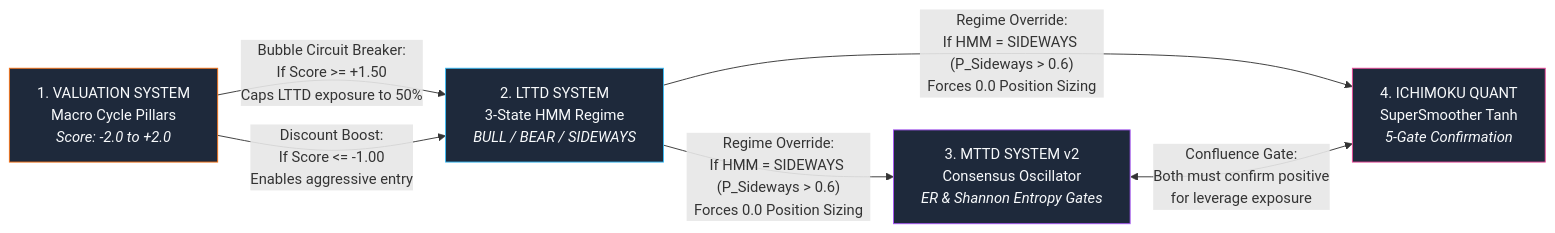
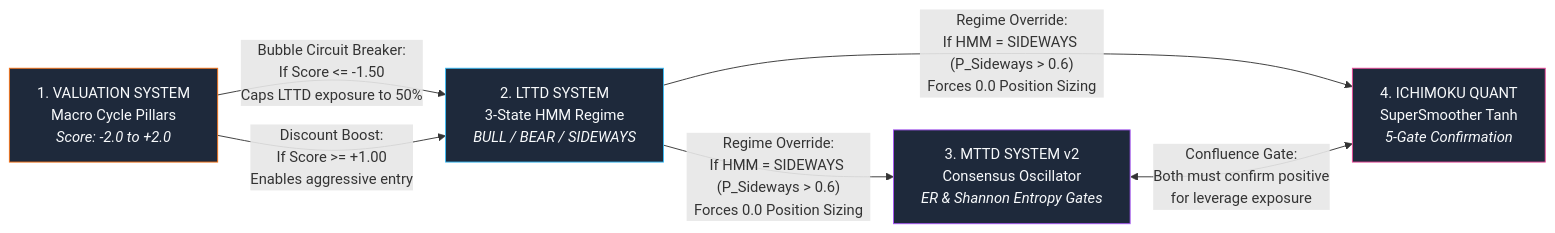
The third of 3 diagrams in docs/architecture/00_end_to_end.md (lutfi-zain/quant.maftia.tech), drawn with Mermaid before and after one commit. The commit also changed other lines of this file and 18 other files, not shown here.

````diff
--- a/docs/architecture/00_end_to_end.md
+++ b/docs/architecture/00_end_to_end.md
@@ -169,18 +169,18 @@
 ```mermaid
 flowchart LR
     VAL["1. VALUATION SYSTEM<br/>Macro Cycle Pillars<br/><i>Score: -2.0 to +2.0</i>"]
     LTTD["2. LTTD SYSTEM<br/>3-State HMM Regime<br/><i>BULL / BEAR / SIDEWAYS</i>"]
     MTTD["3. MTTD SYSTEM v2<br/>Consensus Oscillator<br/><i>ER & Shannon Entropy Gates</i>"]
     ICH["4. ICHIMOKU QUANT<br/>SuperSmoother Tanh<br/><i>5-Gate Confirmation</i>"]
 
-    VAL -->|"Bubble Circuit Breaker:<br/>If Score >= +1.50<br/>Caps LTTD exposure to 50%"| LTTD
-    VAL -->|"Discount Boost:<br/>If Score <= -1.00<br/>Enables aggressive entry"| LTTD
+    VAL -->|"Bubble Circuit Breaker:<br/>If Score <= -1.50<br/>Caps LTTD exposure to 50%"| LTTD
+    VAL -->|"Discount Boost:<br/>If Score >= +1.00<br/>Enables aggressive entry"| LTTD
     LTTD -->|"Regime Override:<br/>If HMM = SIDEWAYS (P_Sideways > 0.6)<br/>Forces 0.0 Position Sizing"| MTTD
     LTTD -->|"Regime Override:<br/>If HMM = SIDEWAYS (P_Sideways > 0.6)<br/>Forces 0.0 Position Sizing"| ICH
     MTTD <-->|"Confluence Gate:<br/>Both must confirm positive<br/>for leverage exposure"| ICH
 
     style VAL fill:#1e293b,stroke:#f97316,color:#f8fafc
     style LTTD fill:#1e293b,stroke:#38bdf8,color:#f8fafc
     style MTTD fill:#1e293b,stroke:#a855f7,color:#f8fafc
     style ICH fill:#1e293b,stroke:#ec4899,color:#f8fafc
 ```
````
